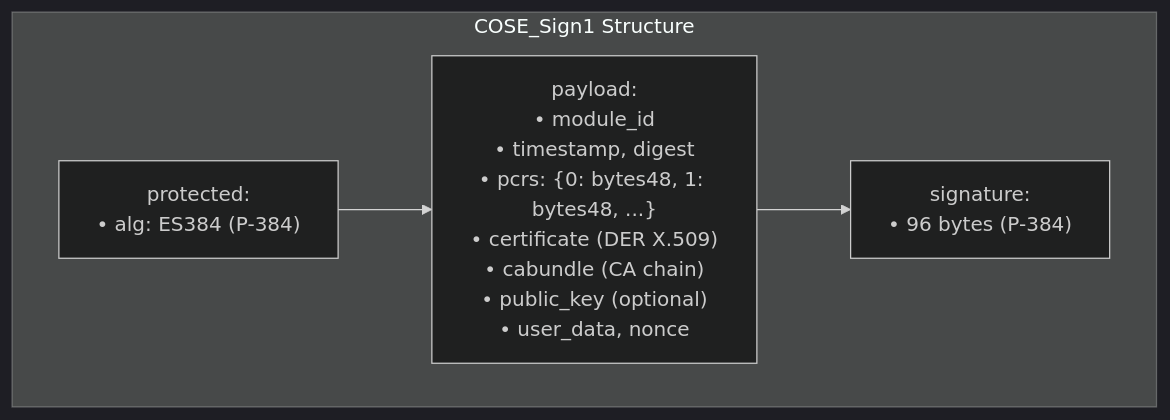
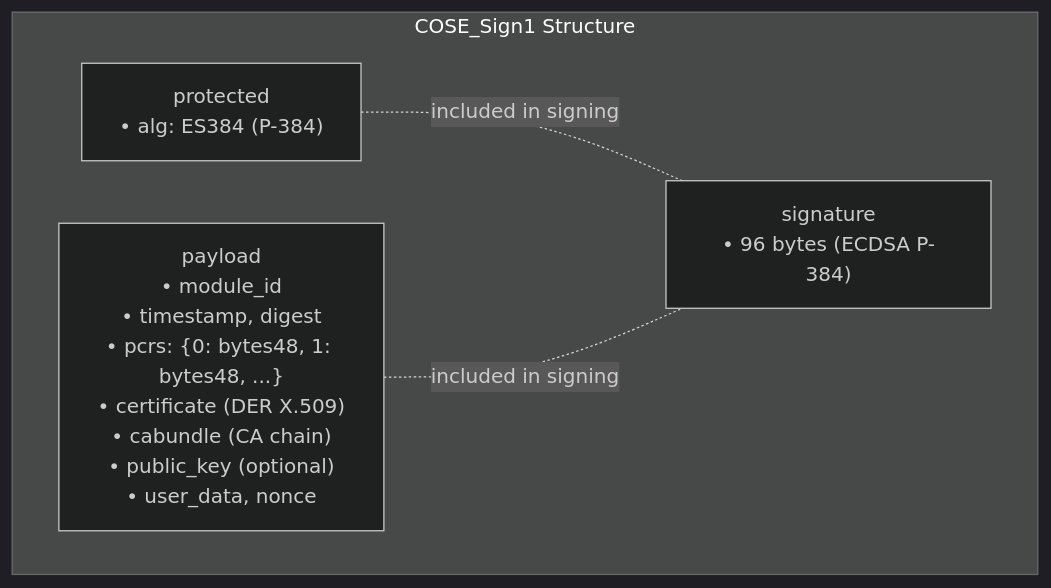
The seventh of 12 diagrams in posts/04-cross-platform-attestation.md (V-k-h/roots-of-trust), drawn with Mermaid (dark theme) before and after one commit. The commit also changed other lines of this file, not shown here.

````diff
--- a/posts/04-cross-platform-attestation.md
+++ b/posts/04-cross-platform-attestation.md
@@ -210,12 +223,13 @@
 ```mermaid
 flowchart TD
     subgraph COSE["COSE_Sign1 Structure"]
-        Protected["protected:\n• alg: ES384 (P-384)"]
+        Protected["protected<br>• alg: ES384 (P-384)"]
         
-        Payload["payload:\n• module_id\n• timestamp, digest\n• pcrs: {0: bytes48, 1: bytes48, ...}\n• certificate (DER X.509)\n• cabundle (CA chain)\n• public_key (optional)\n• user_data, nonce"]
+        Payload["payload<br>• module_id<br>• timestamp, digest<br>• pcrs: {0: bytes48, 1: bytes48, ...}<br>• certificate (DER X.509)<br>• cabundle (CA chain)<br>• public_key (optional)<br>• user_data, nonce"]
         
-        Signature["signature:\n• 96 bytes (P-384)"]
+        Signature["signature<br>• 96 bytes (ECDSA P-384)"]
     end
     
-    Protected --> Payload --> Signature
+    Protected -.included in signing.- Signature
+    Payload -.included in signing.- Signature
 ```
````
